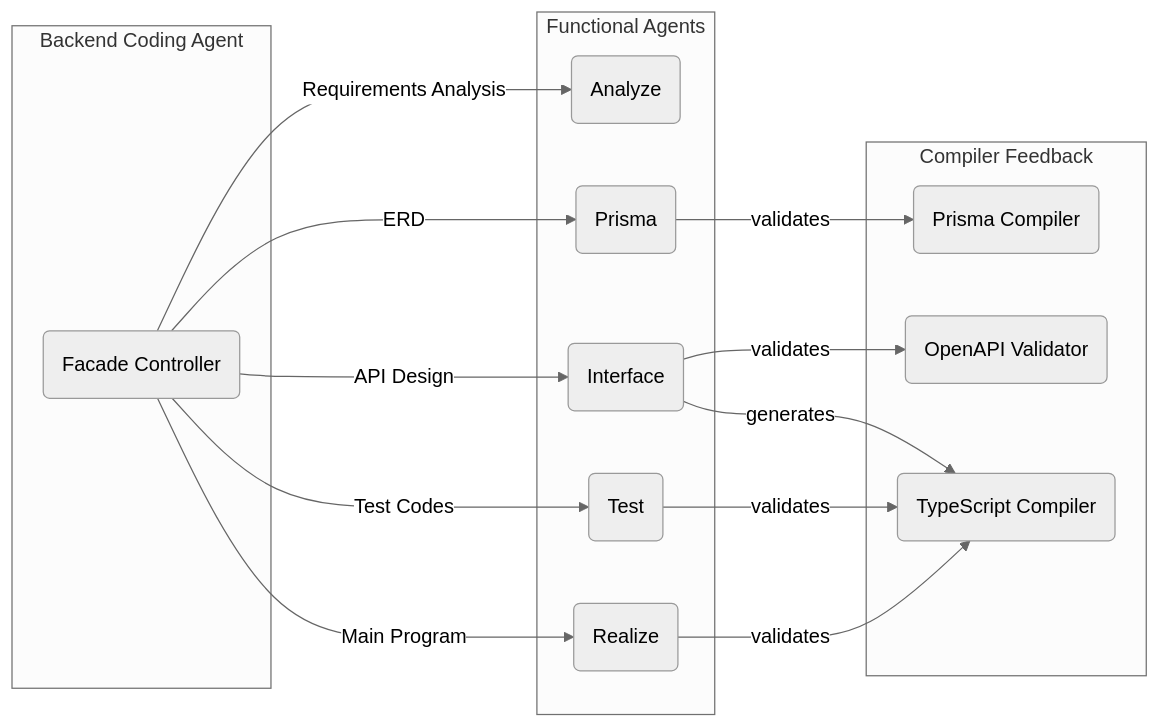
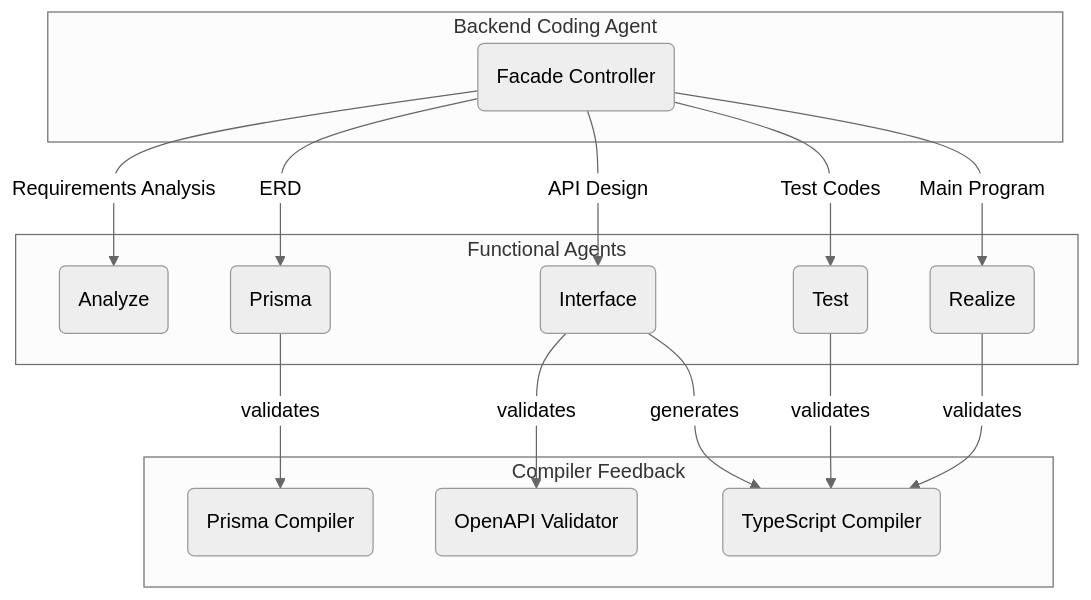
The first of 2 diagrams in README.md (RavenView-ai/autobe), drawn with Mermaid (neutral theme) before and after one commit. The commit also changed other lines of this file and 11 other files, not shown here.

````diff
--- a/README.md
+++ b/README.md
@@ -5,20 +5,20 @@
 ```mermaid
-flowchart LR
+flowchart
 subgraph "Backend Coding Agent"
   coder("Facade Controller")
 end
 subgraph "Functional Agents"
   coder --"Requirements Analysis"--> analyze("Analyze")
   coder --"ERD"--> prisma("Prisma")
   coder --"API Design"--> interface("Interface")
   coder --"Test Codes" --> test("Test")
   coder --"Main Program" --> realize("Realize")
 end
 subgraph "Compiler Feedback"
   prisma --"validates" --> prismaCompiler("Prisma Compiler")
   interface --"validates" --> openapiValidator("OpenAPI Validator")
   interface --"generates" --> tsCompiler("TypeScript Compiler")
   test --"validates" --> tsCompiler("TypeScript Compiler")
   realize --"validates" --> tsCompiler("TypeScript Compiler")
 end
 ```
````
